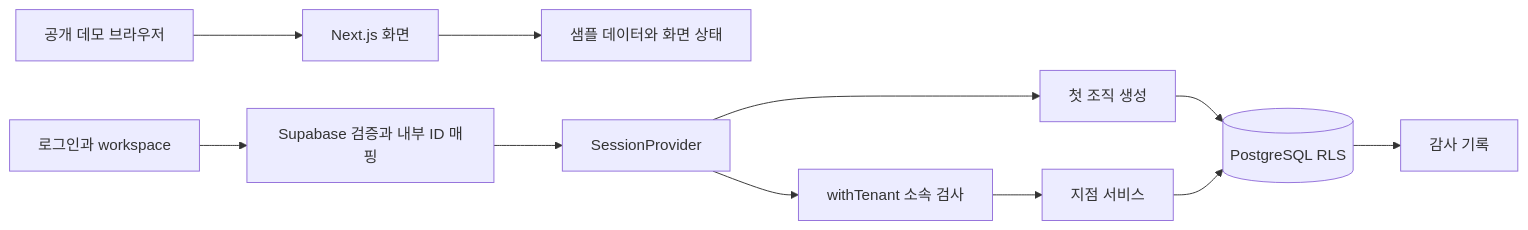
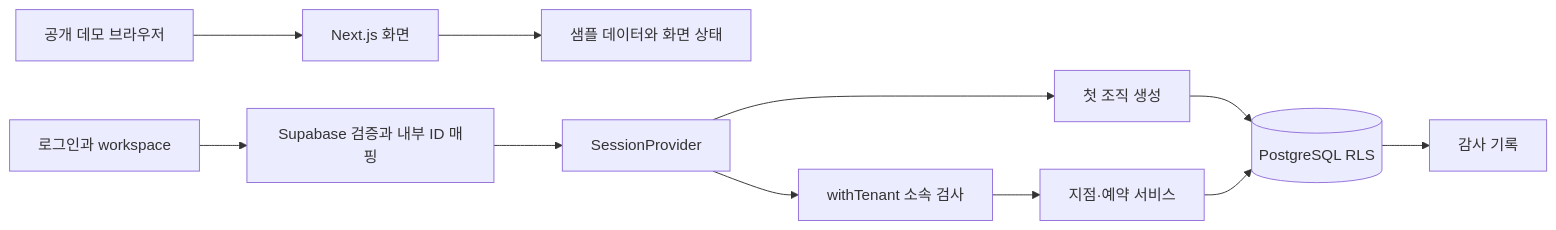
The first of 2 diagrams in docs/ARCHITECTURE.md (jaejinu/aismall), drawn with Mermaid before and after one commit. The commit also changed other lines of this file and 11 other files, not shown here.

````diff
--- a/docs/ARCHITECTURE.md
+++ b/docs/ARCHITECTURE.md
@@ -9,13 +9,13 @@
 ```mermaid
 flowchart LR
   Browser[공개 데모 브라우저] --> UI[Next.js 화면]
   UI --> Fixture[샘플 데이터와 화면 상태]
   Workspace[로그인과 workspace] --> Auth[Supabase 검증과 내부 ID 매핑]
   Auth --> Session[SessionProvider]
   Session --> Onboard[첫 조직 생성]
   Onboard --> DB
   Session --> Boundary[withTenant 소속 검사]
-  Boundary --> Service[지점 서비스]
+  Boundary --> Service[지점·예약 서비스]
   Service --> DB[(PostgreSQL RLS)]
   DB --> Audit[감사 기록]
 ```
````
